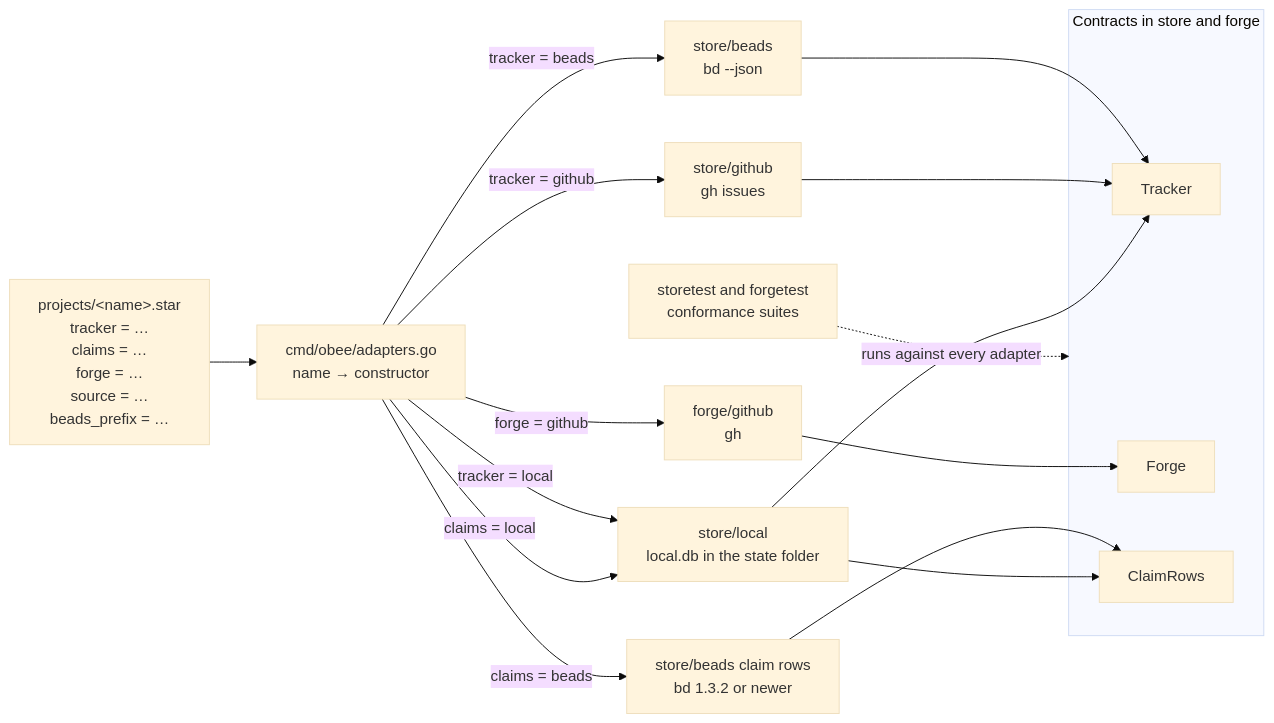
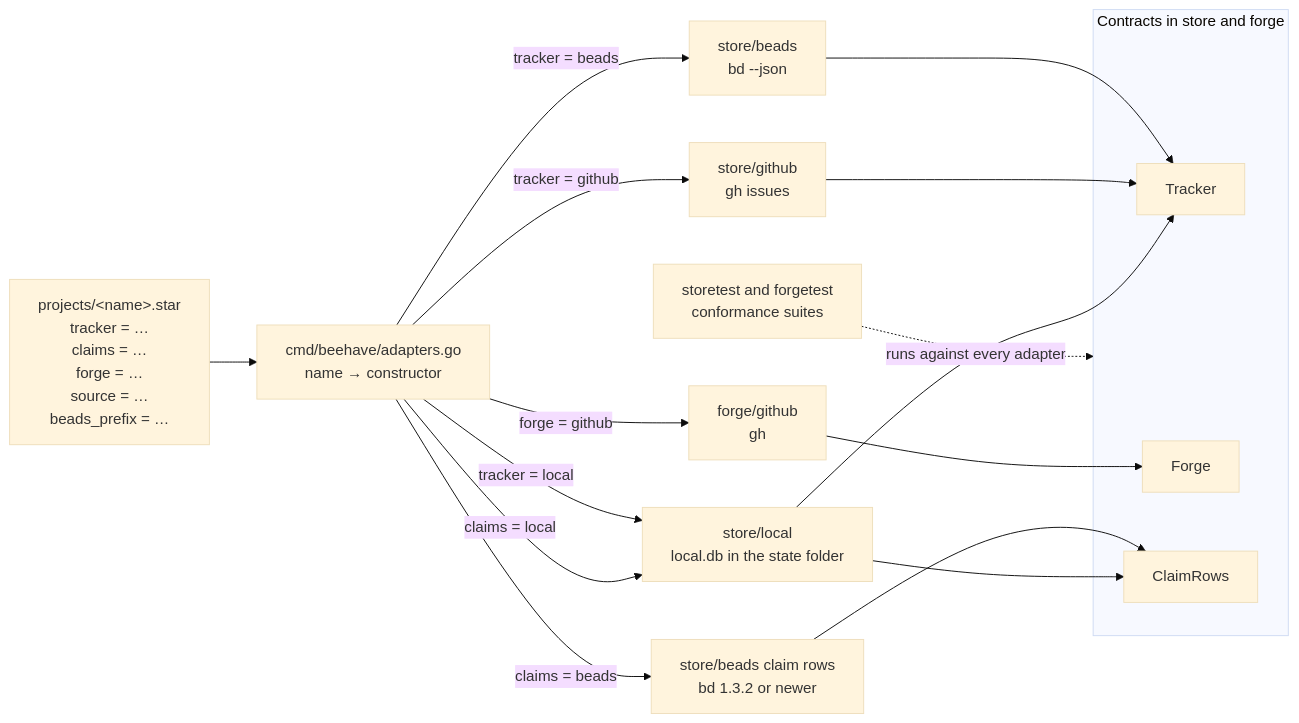
Before and after one commit to tobocop2/beehave: the second of 3 diagrams in docs/architecture.md, drawn with Mermaid (base theme). The commit also changed other lines of this file and 1018 other files, not shown here.

````diff
--- a/docs/architecture.md
+++ b/docs/architecture.md
@@ -239,34 +239,34 @@
 ```mermaid
 flowchart LR
     project["projects/&lt;name&gt;.star<br/>tracker = …<br/>claims = …<br/>forge = …<br/>source = …<br/>beads_prefix = …"]
-    table["cmd/obee/adapters.go<br/>name → constructor"]
+    table["cmd/beehave/adapters.go<br/>name → constructor"]
 
     subgraph contracts["Contracts in store and forge"]
         Tracker
         Forge
         ClaimRows
     end
 
     beads["store/beads<br/>bd --json"]
     ghissues["store/github<br/>gh issues"]
     github["forge/github<br/>gh"]
     lease["store/beads claim rows<br/>bd 1.3.2 or newer"]
     localdb["store/local<br/>local.db in the state folder"]
 
     project --> table
     table -- "tracker = beads" --> beads
     table -- "tracker = github" --> ghissues
     table -- "tracker = local" --> localdb
     table -- "forge = github" --> github
     table -- "claims = beads" --> lease
     table -- "claims = local" --> localdb
 
     beads --> Tracker
     ghissues --> Tracker
     localdb --> Tracker
     github --> Forge
     lease --> ClaimRows
     localdb --> ClaimRows
 
     suite["storetest and forgetest<br/>conformance suites"] -. "runs against every adapter" .-> contracts
 ```
````
